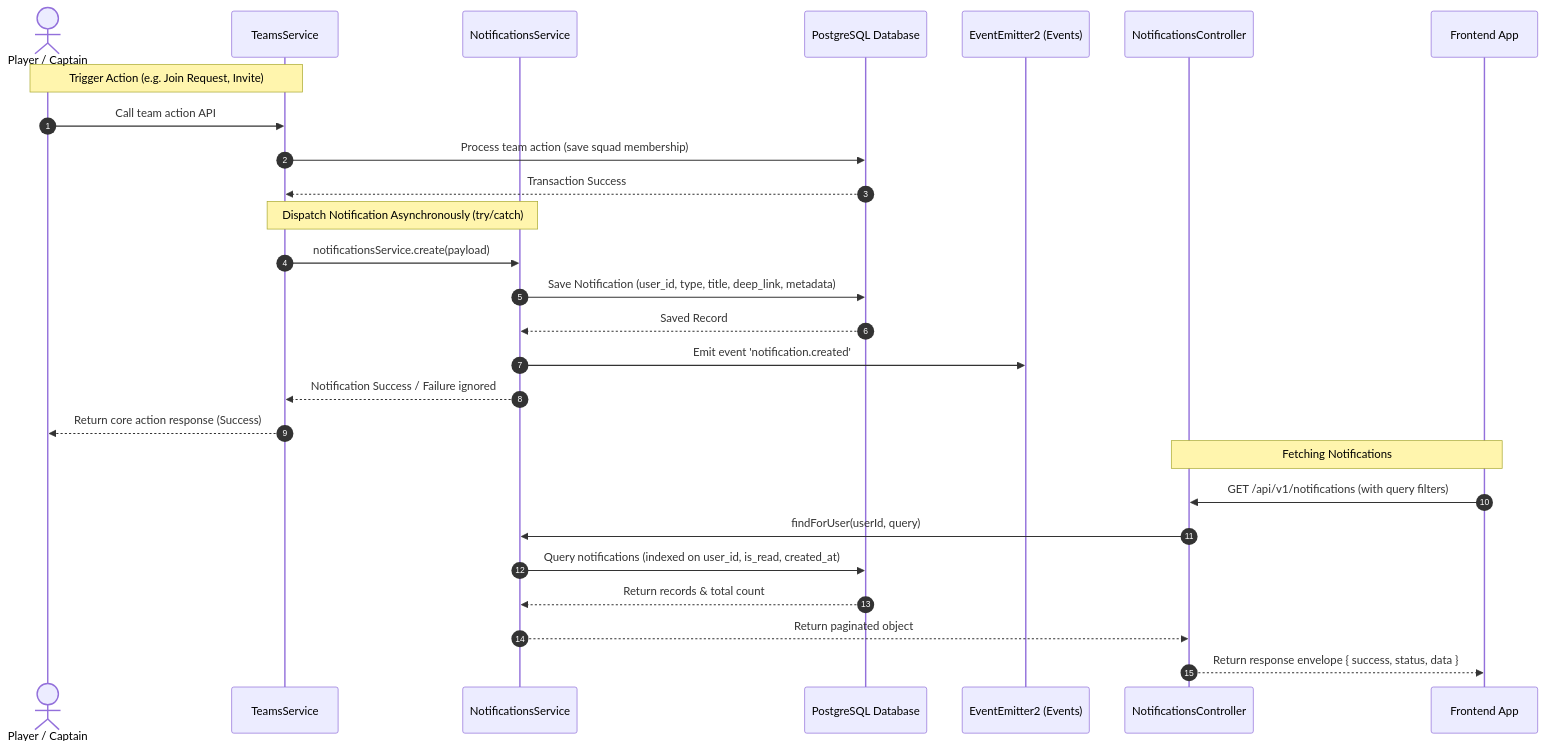
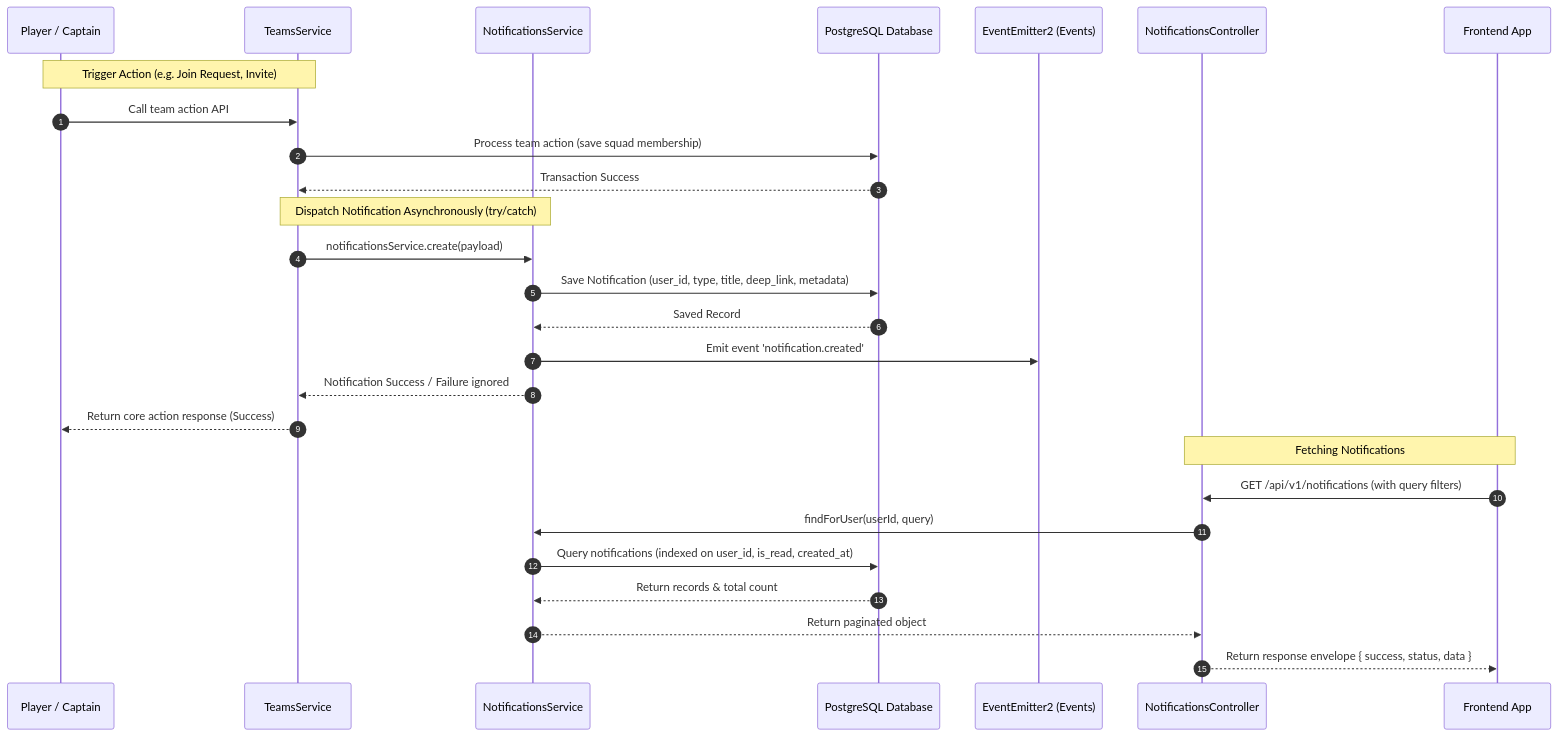
Before and after one commit to Ahmadpk194/pabaini: the second of 3 diagrams in pabaini-backend/docs/API_ENDPOINTS.md, drawn with Mermaid. The commit also changed other lines of this file and 3 other files, not shown here.

````diff
--- a/pabaini-backend/docs/API_ENDPOINTS.md
+++ b/pabaini-backend/docs/API_ENDPOINTS.md
@@ -1646,32 +1679,32 @@
 ```mermaid
 sequenceDiagram
     autonumber
-    actor Player as Player / Captain
+    participant Player as Player / Captain
     participant TS as TeamsService
     participant NS as NotificationsService
     participant DB as PostgreSQL Database
     participant EE2 as EventEmitter2 (Events)
     participant NC as NotificationsController
     participant UI as Frontend App
 
     Note over Player, TS: Trigger Action (e.g. Join Request, Invite)
     Player->>TS: Call team action API
     TS->>DB: Process team action (save squad membership)
     DB-->>TS: Transaction Success
     
     Note over TS, NS: Dispatch Notification Asynchronously (try/catch)
     TS->>NS: notificationsService.create(payload)
     NS->>DB: Save Notification (user_id, type, title, deep_link, metadata)
     DB-->>NS: Saved Record
     NS->>EE2: Emit event 'notification.created'
     NS-->>TS: Notification Success / Failure ignored
     TS-->>Player: Return core action response (Success)
 
     Note over UI, NC: Fetching Notifications
     UI->>NC: GET /api/v1/notifications (with query filters)
     NC->>NS: findForUser(userId, query)
     NS->>DB: Query notifications (indexed on user_id, is_read, created_at)
     DB-->>NS: Return records & total count
     NS-->>NC: Return paginated object
     NC-->>UI: Return response envelope { success, status, data }
 ```
````
